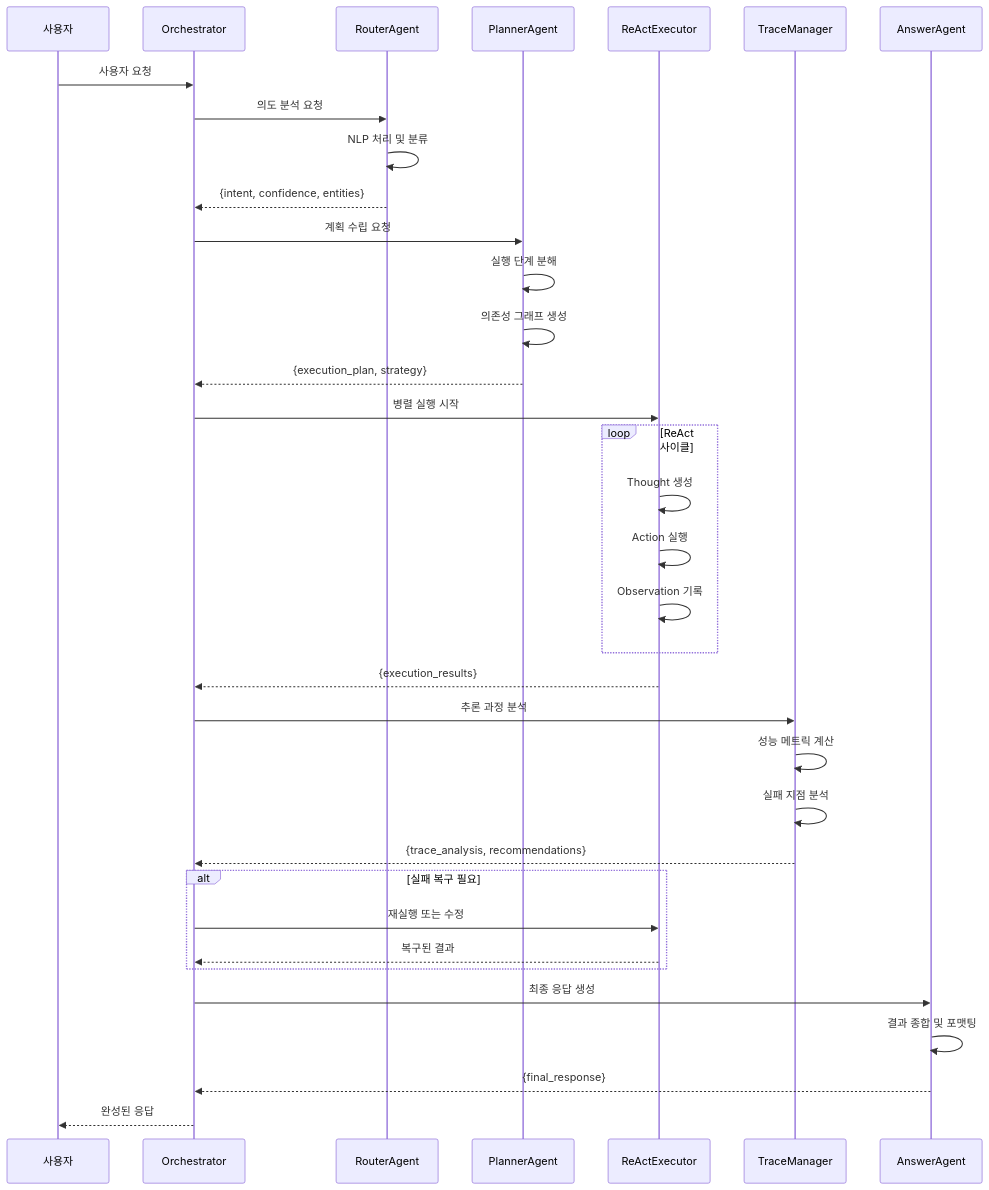
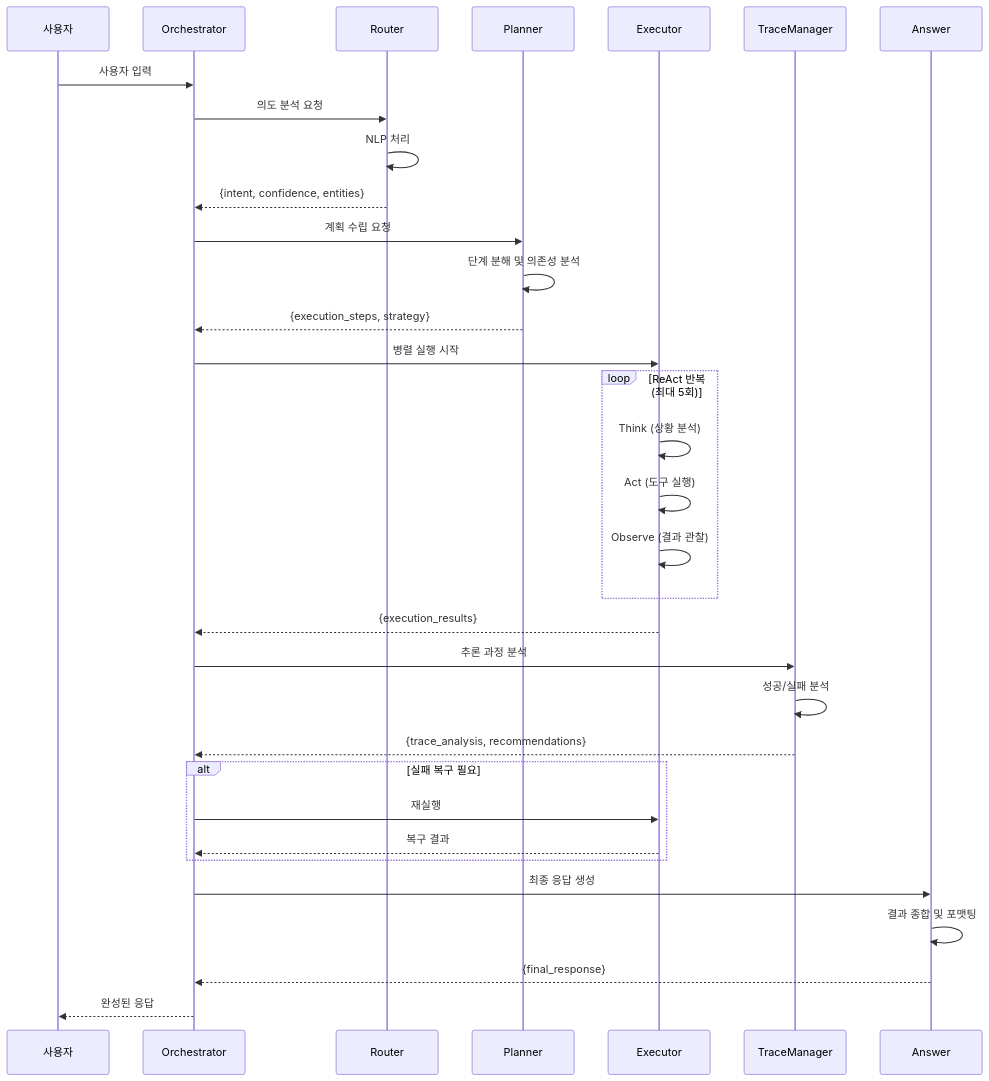
One commit to Qulip/CloudRegiX changed the third of 3 diagrams in README.md. Above: the diagram before and after it, drawn with Mermaid. The commit also changed other lines of this file, not shown here.

````diff
--- a/README.md
+++ b/README.md
@@ -438,43 +180,41 @@
 ```mermaid
 sequenceDiagram
     participant U as 사용자
     participant O as Orchestrator
-    participant R as RouterAgent
-    participant P as PlannerAgent
-    participant E as ReActExecutor
+    participant R as Router
+    participant P as Planner
+    participant E as Executor
     participant T as TraceManager
-    participant A as AnswerAgent
+    participant A as Answer
 
-    U->>O: 사용자 요청
+    U->>O: 사용자 입력
     O->>R: 의도 분석 요청
-    R->>R: NLP 처리 및 분류
+    R->>R: NLP 처리
     R-->>O: {intent, confidence, entities}
 
     O->>P: 계획 수립 요청
-    P->>P: 실행 단계 분해
-    P->>P: 의존성 그래프 생성
-    P-->>O: {execution_plan, strategy}
+    P->>P: 단계 분해 및 의존성 분석
+    P-->>O: {execution_steps, strategy}
 
     O->>E: 병렬 실행 시작
-    loop ReAct 사이클
-        E->>E: Thought 생성
-        E->>E: Action 실행
-        E->>E: Observation 기록
+    loop ReAct 반복 (최대 5회)
+        E->>E: Think (상황 분석)
+        E->>E: Act (도구 실행)
+        E->>E: Observe (결과 관찰)
     end
     E-->>O: {execution_results}
 
     O->>T: 추론 과정 분석
-    T->>T: 성능 메트릭 계산
-    T->>T: 실패 지점 분석
+    T->>T: 성공/실패 분석
     T-->>O: {trace_analysis, recommendations}
 
     alt 실패 복구 필요
-        O->>E: 재실행 또는 수정
-        E-->>O: 복구된 결과
+        O->>E: 재실행
+        E-->>O: 복구 결과
     end
 
     O->>A: 최종 응답 생성
     A->>A: 결과 종합 및 포맷팅
     A-->>O: {final_response}
     O-->>U: 완성된 응답
 ```
````
